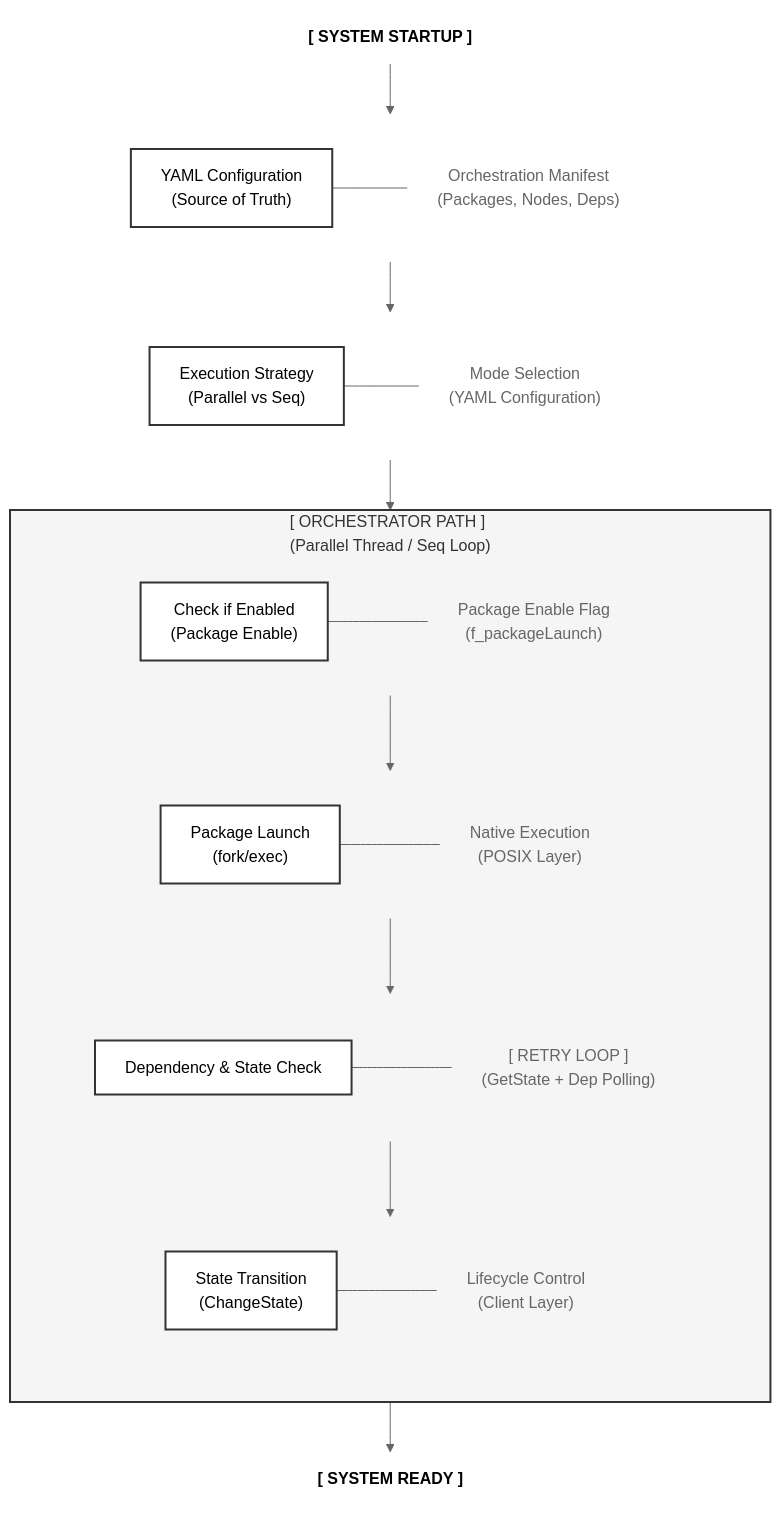
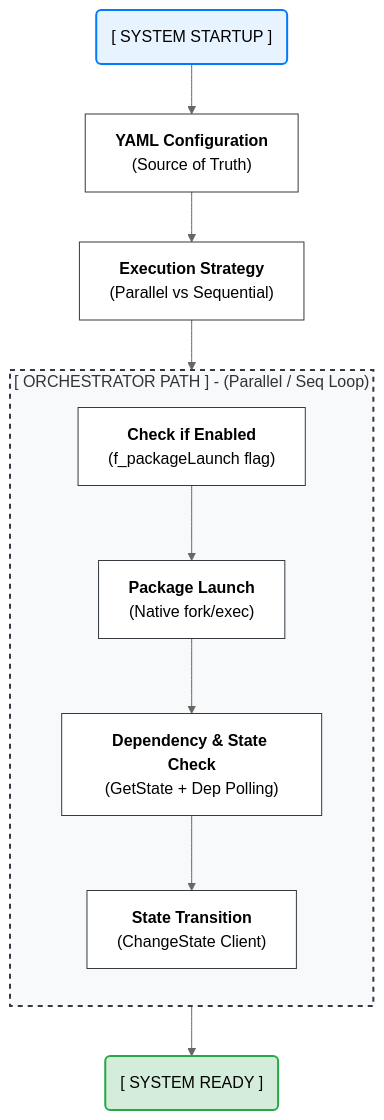
One commit to Open-Edge-Robotics/A.RobotAI-LGE-ROS2-LifecycleManager changed the third of 3 diagrams in README.md. Above: the diagram before and after it, drawn with Mermaid (neutral theme). The commit also changed other lines of this file, not shown here.

````diff
--- a/README.md
+++ b/README.md
@@ -268,75 +268,28 @@
 ```mermaid
 flowchart TD
-    Start["<b>[ SYSTEM STARTUP ]</b>"] --> YAML
+    Start("[ SYSTEM STARTUP ]") --> YAML
     
-    subgraph S1 [" "]
-        direction LR
-        YAML["YAML Configuration<br/>(Source of Truth)"] --- YAML_D["Orchestration Manifest<br/>(Packages, Nodes, Deps)"]
+    YAML["<b>YAML Configuration</b><br/>(Source of Truth)"] --> Exec
+    Exec["<b>Execution Strategy</b><br/>(Parallel vs Sequential)"] --> Path
+    
+    subgraph Path ["[ ORCHESTRATOR PATH ]  -  (Parallel / Seq Loop)"]
+        direction TB
+        Check["<b>Check if Enabled</b><br/>(f_packageLaunch flag)"] --> Launch
+        Launch["<b>Package Launch</b><br/>(Native fork/exec)"] --> Dep
+        Dep["<b>Dependency & State Check</b><br/>(GetState + Dep Polling)"] --> Trans
+        Trans["<b>State Transition</b><br/>(ChangeState Client)"]
     end
     
-    YAML --> Exec
+    Path --> Ready("[ SYSTEM READY ]")
+
+    style Path fill:#f8f9fa,stroke:#343a40,stroke-width:2px,stroke-dasharray: 5 5
+    style Start fill:#e7f3ff,stroke:#007bff,stroke-width:2px
+    style Ready fill:#d4edda,stroke:#28a745,stroke-width:2px
     
-    subgraph S2 [" "]
-        direction LR
-        Exec["Execution Strategy<br/>(Parallel vs Seq)"] --- Exec_D["Mode Selection<br/>(YAML Configuration)"]
-    end
-    
-    Exec --> Path
-    
-    subgraph Path ["[ ORCHESTRATOR PATH ]<br/>(Parallel Thread / Seq Loop)"]
-        direction TB
-        
-        subgraph R1 [" "]
-            direction LR
-            Check["Check if Enabled<br/>(Package Enable)"] --- Check_D["Package Enable Flag<br/>(f_packageLaunch)"]
-        end
-        
-        Check --> Launch
-        
-        subgraph R2 [" "]
-            direction LR
-            Launch["Package Launch<br/>(fork/exec)"] --- Launch_D["Native Execution<br/>(POSIX Layer)"]
-        end
-        
-        Launch --> Dep
-        
-        subgraph R3 [" "]
-            direction LR
-            Dep["Dependency & State Check"] --- Dep_D["[ RETRY LOOP ]<br/>(GetState + Dep Polling)"]
-        end
-        
-        Dep --> Trans
-        
-        subgraph R4 [" "]
-            direction LR
-            Trans["State Transition<br/>(ChangeState)"] --- Trans_D["Lifecycle Control<br/>(Client Layer)"]
-        end
-    end
-
-    Path --> Ready["<b>[ SYSTEM READY ]</b>"]
-
-    style S1 fill:none,stroke:none
-    style S2 fill:none,stroke:none
-    style R1 fill:none,stroke:none
-    style R2 fill:none,stroke:none
-    style R3 fill:none,stroke:none
-    style R4 fill:none,stroke:none
-    
-    style Path fill:#f5f5f5,stroke:#333,stroke-width:2px
-    style Start fill:none,stroke:none
-    style Ready fill:none,stroke:none
-    
-    style YAML fill:#fff,stroke:#333,stroke-width:2px
-    style Exec fill:#fff,stroke:#333,stroke-width:2px
-    style Check fill:#fff,stroke:#333,stroke-width:2px
-    style Launch fill:#fff,stroke:#333,stroke-width:2px
-    style Dep fill:#fff,stroke:#333,stroke-width:2px
-    style Trans fill:#fff,stroke:#333,stroke-width:2px
-
-    style YAML_D fill:none,stroke:none,color:#666
-    style Exec_D fill:none,stroke:none,color:#666
-    style Check_D fill:none,stroke:none,color:#666
-    style Launch_D fill:none,stroke:none,color:#666
-    style Dep_D fill:none,stroke:none,color:#666
-    style Trans_D fill:none,stroke:none,color:#666
+    style YAML fill:#fff,stroke:#343a40,stroke-width:1px
+    style Exec fill:#fff,stroke:#343a40,stroke-width:1px
+    style Check fill:#fff,stroke:#343a40,stroke-width:1px
+    style Launch fill:#fff,stroke:#343a40,stroke-width:1px
+    style Dep fill:#fff,stroke:#343a40,stroke-width:1px
+    style Trans fill:#fff,stroke:#343a40,stroke-width:1px
 ```
````
